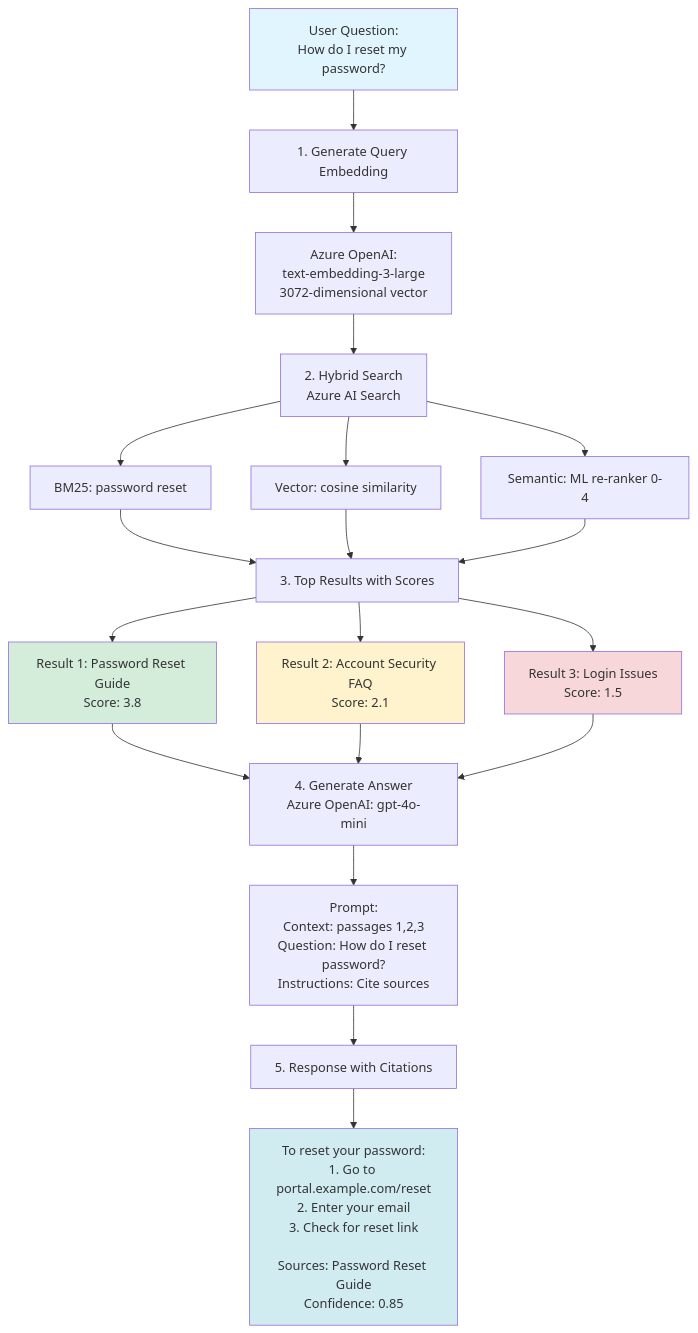
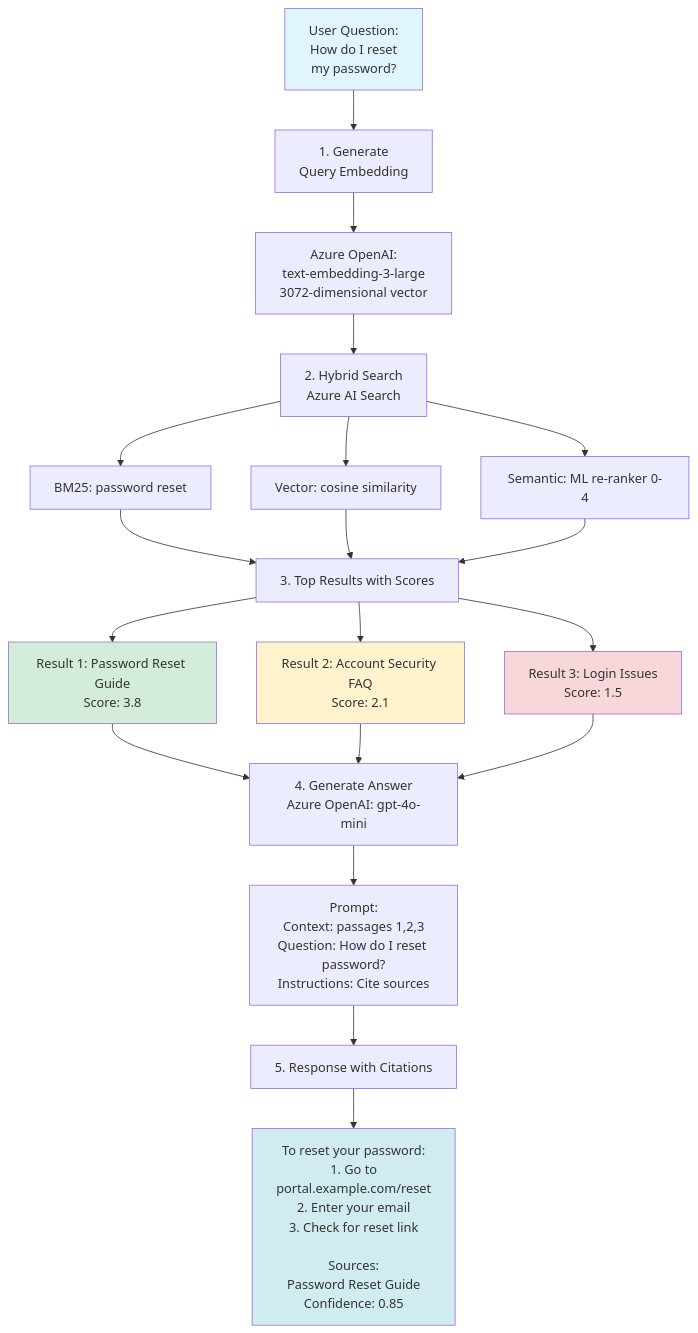
The diagram in demos/02-rag-search/README.md (LuiseFreese/espc25-smart-support-agent), drawn with Mermaid before and after one commit. The commit also changed other lines of this file and 3 other files, not shown here.

````diff
--- a/demos/02-rag-search/README.md
+++ b/demos/02-rag-search/README.md
@@ -123,34 +123,34 @@
 ```mermaid
 flowchart TD
-    A[User Question:<br/>How do I reset my password?] --> B[1. Generate Query Embedding]
+    A[User Question:<br/>How do I reset <br/>my password?] --> B[1. Generate <br/>Query Embedding]
     B --> B1[Azure OpenAI:<br/>text-embedding-3-large<br/>3072-dimensional vector]
     B1 --> C[2. Hybrid Search<br/>Azure AI Search]
     
     C --> C1[BM25: password reset]
     C --> C2[Vector: cosine similarity]
     C --> C3[Semantic: ML re-ranker 0-4]
     
     C1 --> D[3. Top Results with Scores]
     C2 --> D
     C3 --> D
     
     D --> D1["Result 1: Password Reset Guide<br/>Score: 3.8"]
     D --> D2["Result 2: Account Security FAQ<br/>Score: 2.1"]
     D --> D3["Result 3: Login Issues<br/>Score: 1.5"]
     
     D1 --> E[4. Generate Answer<br/>Azure OpenAI: gpt-4o-mini]
     D2 --> E
     D3 --> E
     
     E --> E1["Prompt:<br/>Context: passages 1,2,3<br/>Question: How do I reset password?<br/>Instructions: Cite sources"]
     
     E1 --> F[5. Response with Citations]
     
-    F --> F1["To reset your password:<br/>1. Go to portal.example.com/reset<br/>2. Enter your email<br/>3. Check for reset link<br/><br/>Sources: Password Reset Guide<br/>Confidence: 0.85"]
+    F --> F1["To reset your password:<br/>1. Go to <br/>portal.example.com/reset<br/>2. Enter your email<br/>3. Check for reset link<br/><br/>Sources:<br/>Password Reset Guide<br/>Confidence: 0.85"]
     
     style A fill:#e1f5ff
     style D1 fill:#d4edda
     style D2 fill:#fff3cd
     style D3 fill:#f8d7da
     style F1 fill:#d1ecf1
 ```
````
